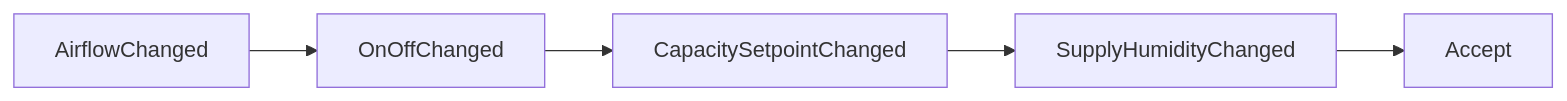
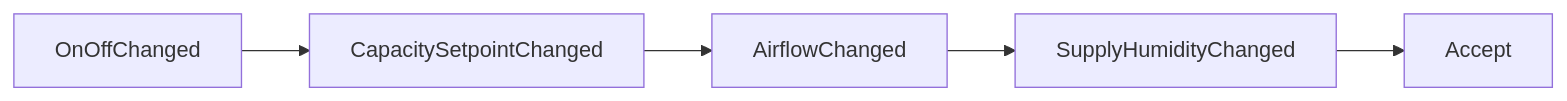
Before and after one commit to iguchi-lab/vtsimnx: the fifth of 11 diagrams in engine/docs/simulation_loops.md, drawn with Mermaid. The commit also changed other lines of this file and 19 other files, not shown here.

````diff
--- a/engine/docs/simulation_loops.md
+++ b/engine/docs/simulation_loops.md
@@ -99,7 +99,7 @@
 ```mermaid
 flowchart LR
-    F["AirflowChanged"] --> O["OnOffChanged"]
-    O --> C["CapacitySetpointChanged"]
-    C --> H["SupplyHumidityChanged"]
+    O["OnOffChanged"] --> C["CapacitySetpointChanged"]
+    C --> F["AirflowChanged"]
+    F --> H["SupplyHumidityChanged"]
     H --> A["Accept"]
 ```
````
